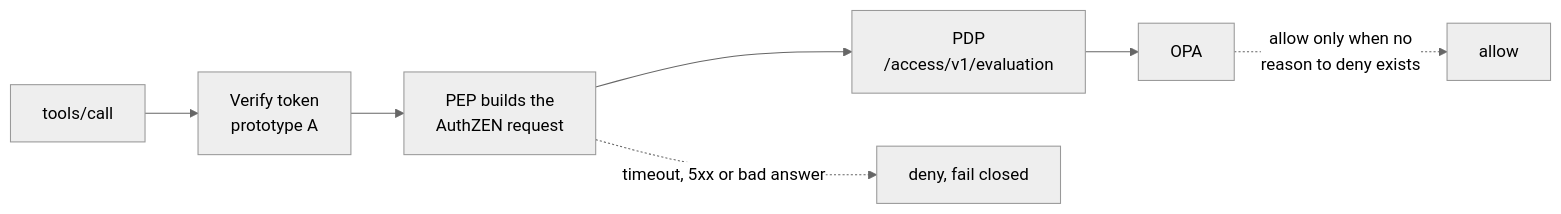
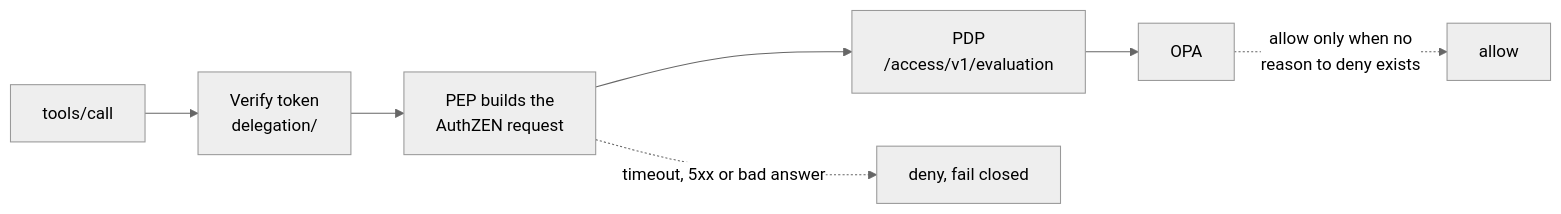
One commit to ianisms/ai-orchestrator changed the diagram in security/policy/README.md. Above: the diagram before and after it, drawn with Mermaid (neutral theme). The commit also changed other lines of this file and 4 other files, not shown here.

````diff
--- a/security/policy/README.md
+++ b/security/policy/README.md
@@ -8,9 +8,9 @@
 ```mermaid
 flowchart LR
-    C[tools/call] --> V[Verify token<br/>prototype A]
+    C[tools/call] --> V[Verify token<br/>delegation/]
     V --> PEP[PEP builds the<br/>AuthZEN request]
     PEP --> PDP[PDP<br/>/access/v1/evaluation]
     PDP --> OPA[OPA]
     PEP -. timeout, 5xx or bad answer .-> D[deny, fail closed]
     OPA -. allow only when no<br/>reason to deny exists .-> A[allow]
 ```
````
